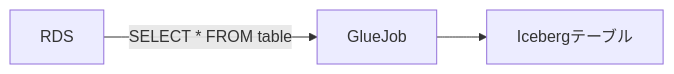
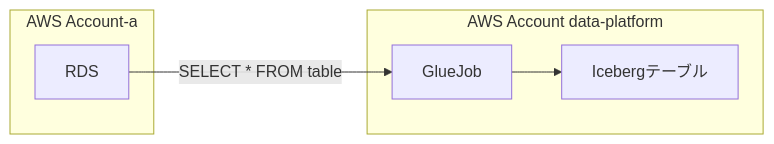
One commit to kenzo0107/kenzo0107.github.io changed the first of 6 diagrams in _blog/source/_posts/2024-12-19-rds-replicate-to-glue-iceberg-table.md. Above: the diagram before and after it, drawn with Mermaid. The commit also changed other lines of this file and 10 other files, not shown here.

````diff
--- a/_blog/source/_posts/2024-12-19-rds-replicate-to-glue-iceberg-table.md
+++ b/_blog/source/_posts/2024-12-19-rds-replicate-to-glue-iceberg-table.md
@@ -26,5 +26,13 @@
 ```mermaid
 graph LR
 
-RDS--"SELECT * FROM table"-->GlueJob-->Icebergテーブル
+subgraph AWS Account-a
+  RDS
+end
+
+RDS--"SELECT * FROM table"-->GlueJob
+
+subgraph AWS Account data-platform
+  GlueJob-->Icebergテーブル
+end
 ```
````
